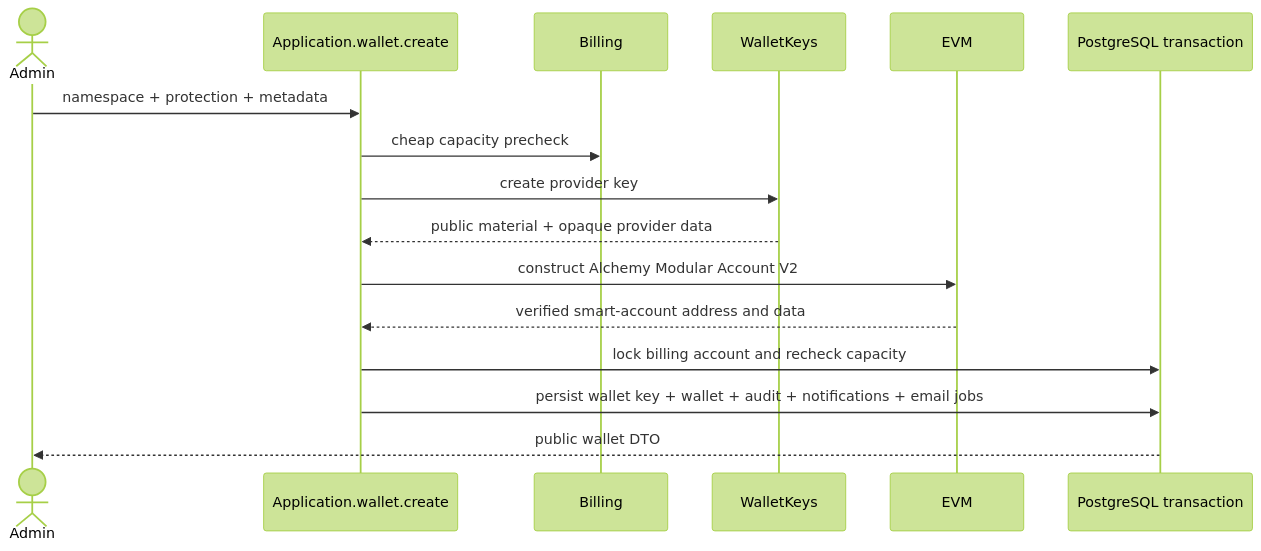
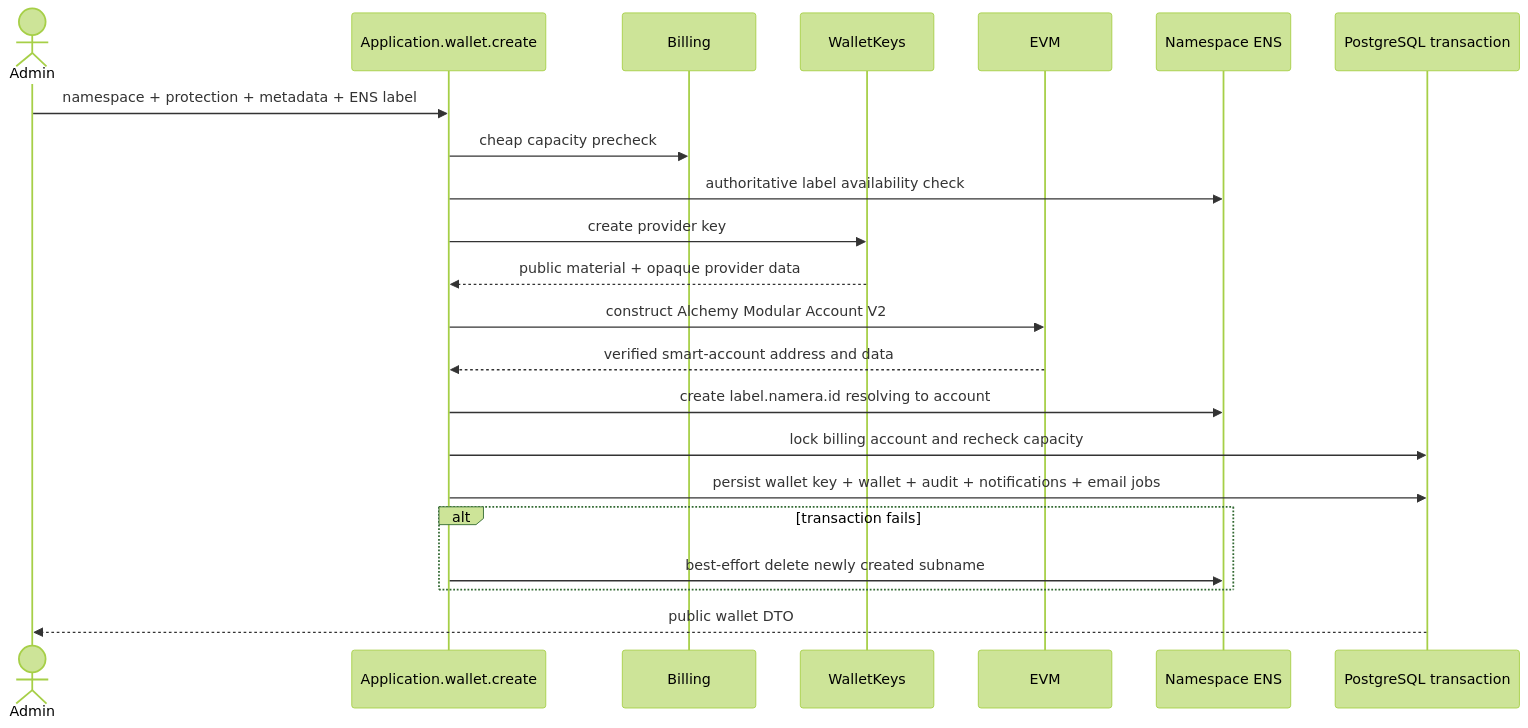
The diagram in architecture/wallets/accounts.md (thenamespace/namera), drawn with Mermaid (forest theme) before and after one commit. The commit also changed other lines of this file and 49 other files, not shown here.

Commit message:
feat(ens): assign account subnames

````diff
--- a/architecture/wallets/accounts.md
+++ b/architecture/wallets/accounts.md
@@ -18,19 +18,25 @@
 ```mermaid
 sequenceDiagram
   actor Admin
   participant App as Application.wallet.create
   participant Billing
   participant Keys as WalletKeys
   participant EVM
+  participant ENS as Namespace ENS
   participant Tx as PostgreSQL transaction
 
-  Admin->>App: namespace + protection + metadata
+  Admin->>App: namespace + protection + metadata + ENS label
   App->>Billing: cheap capacity precheck
+  App->>ENS: authoritative label availability check
   App->>Keys: create provider key
   Keys-->>App: public material + opaque provider data
   App->>EVM: construct Alchemy Modular Account V2
   EVM-->>App: verified smart-account address and data
+  App->>ENS: create label.namera.id resolving to account
   App->>Tx: lock billing account and recheck capacity
   App->>Tx: persist wallet key + wallet + audit + notifications + email jobs
+  alt transaction fails
+    App->>ENS: best-effort delete newly created subname
+  end
   Tx-->>Admin: public wallet DTO
 ```
````
